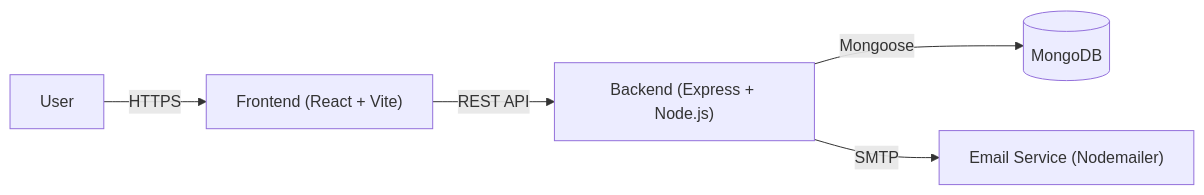
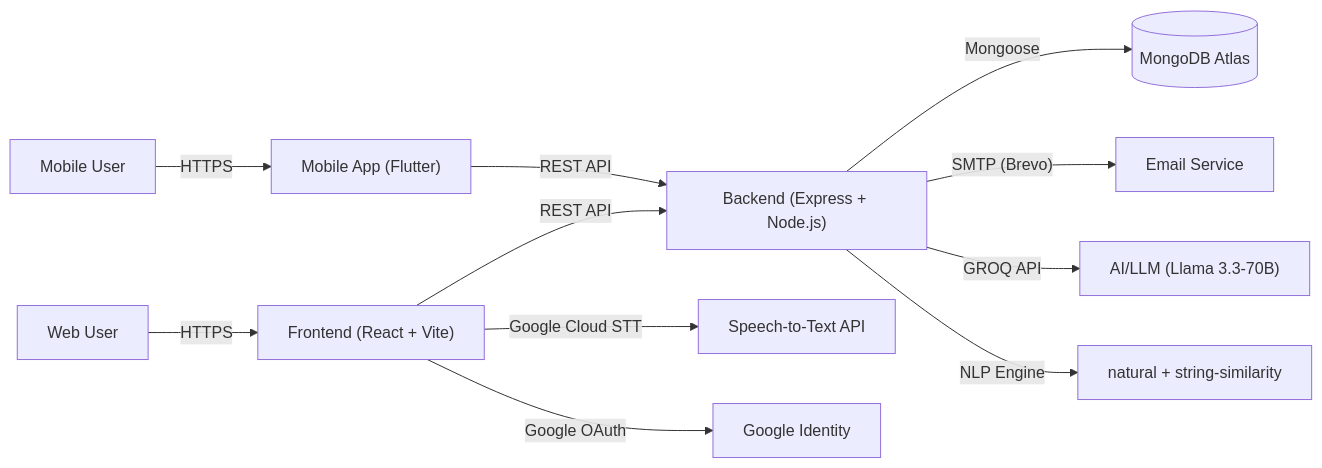
Before and after one commit to LinguaAble/Accessible-Language-Learning-Platform: the diagram in ARCHITECTURE.md, drawn with Mermaid. The commit also changed other lines of this file and 16 other files, not shown here.

````diff
--- a/ARCHITECTURE.md
+++ b/ARCHITECTURE.md
@@ -20,7 +22,13 @@
 ```mermaid
 graph LR
-    User[User] -- "HTTPS" --> Client["Frontend (React + Vite)"]
+    WebUser[Web User] -- "HTTPS" --> Client["Frontend (React + Vite)"]
+    MobileUser[Mobile User] -- "HTTPS" --> Mobile["Mobile App (Flutter)"]
     Client -- "REST API" --> Server["Backend (Express + Node.js)"]
-    Server -- "Mongoose" --> DB[("MongoDB")]
-    Server -- "SMTP" --> Email["Email Service (Nodemailer)"]
+    Mobile -- "REST API" --> Server
+    Server -- "Mongoose" --> DB[("MongoDB Atlas")]
+    Server -- "SMTP (Brevo)" --> Email["Email Service"]
+    Server -- "GROQ API" --> AI["AI/LLM (Llama 3.3-70B)"]
+    Server -- "NLP Engine" --> NLP["natural + string-similarity"]
+    Client -- "Google Cloud STT" --> STT["Speech-to-Text API"]
+    Client -- "Google OAuth" --> OAuth["Google Identity"]
 ```
````
